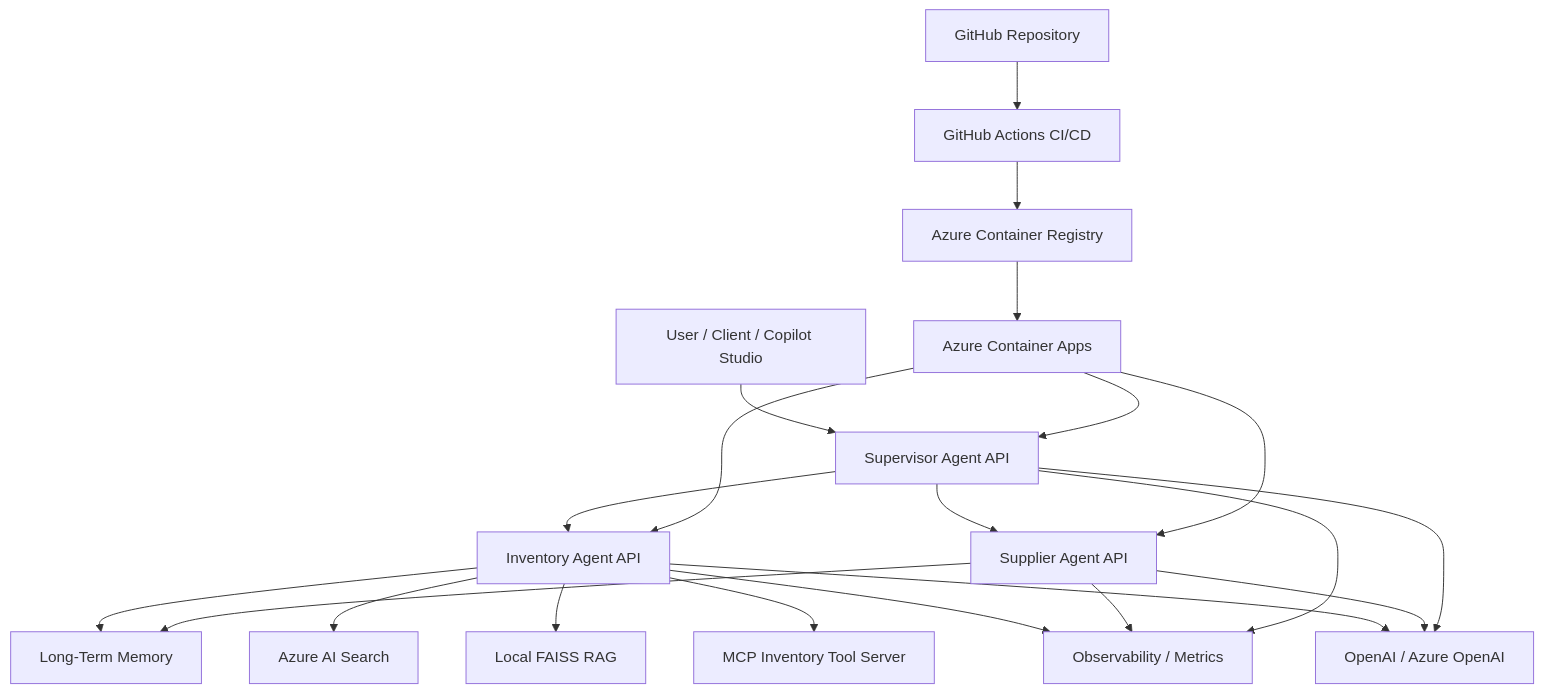
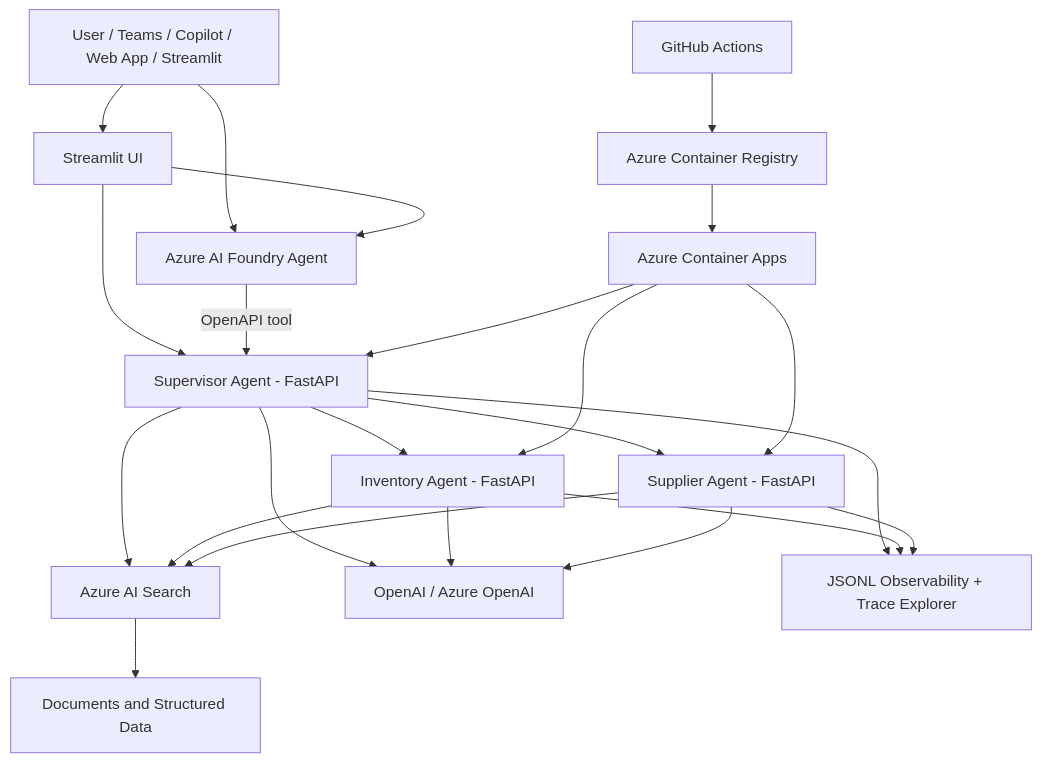
Before and after one commit to cassiofrd/enterprise-ai-agent-platform: the diagram in README.md, drawn with Mermaid. The commit also changed other lines of this file and 6 other files, not shown here.

````diff
--- a/README.md
+++ b/README.md
@@ -63,49 +33,39 @@
 ```mermaid
-graph TD
+flowchart TD
+    User[User / Teams / Copilot / Web App / Streamlit]
+    Foundry[Azure AI Foundry Agent]
+    Streamlit[Streamlit UI]
+    Supervisor[Supervisor Agent - FastAPI]
+    Inventory[Inventory Agent - FastAPI]
+    Supplier[Supplier Agent - FastAPI]
+    Search[Azure AI Search]
+    Docs[Documents and Structured Data]
+    LLM[OpenAI / Azure OpenAI]
+    Obs[JSONL Observability + Trace Explorer]
+    GH[GitHub Actions]
+    ACR[Azure Container Registry]
+    ACA[Azure Container Apps]
 
-    User["User / Client / Copilot Studio"]
-
-    Supervisor["Supervisor Agent API"]
-    Inventory["Inventory Agent API"]
-    Supplier["Supplier Agent API"]
-
-    Memory["Long-Term Memory"]
-    AzureSearch["Azure AI Search"]
-    FAISS["Local FAISS RAG"]
-    MCP["MCP Inventory Tool Server"]
-    Observability["Observability / Metrics"]
-
-    LLM["OpenAI / Azure OpenAI"]
-
-    GitHub["GitHub Repository"]
-    Actions["GitHub Actions CI/CD"]
-    ACR["Azure Container Registry"]
-    ACA["Azure Container Apps"]
-
-    User --> Supervisor
-
+    User --> Streamlit
+    User --> Foundry
+    Streamlit --> Foundry
+    Streamlit --> Supervisor
+    Foundry -->|OpenAPI tool| Supervisor
     Supervisor --> Inventory
     Supervisor --> Supplier
-
-    Inventory --> Memory
-    Inventory --> AzureSearch
-    Inventory --> FAISS
-    Inventory --> MCP
-    Inventory --> Observability
+    Supervisor --> Search
+    Inventory --> Search
+    Supplier --> Search
+    Search --> Docs
+    Supervisor --> LLM
     Inventory --> LLM
-
-    Supplier --> Memory
     Supplier --> LLM
-    Supplier --> Observability
-
-    Supervisor --> LLM
-    Supervisor --> Observability
-
-    GitHub --> Actions
-    Actions --> ACR
+    Supervisor --> Obs
+    Inventory --> Obs
+    Supplier --> Obs
+    GH --> ACR
     ACR --> ACA
-
     ACA --> Supervisor
     ACA --> Inventory
     ACA --> Supplier
 ```
````
